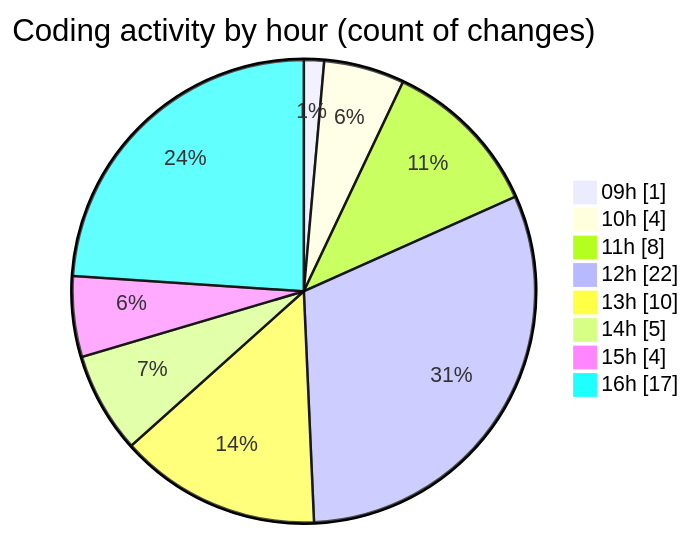
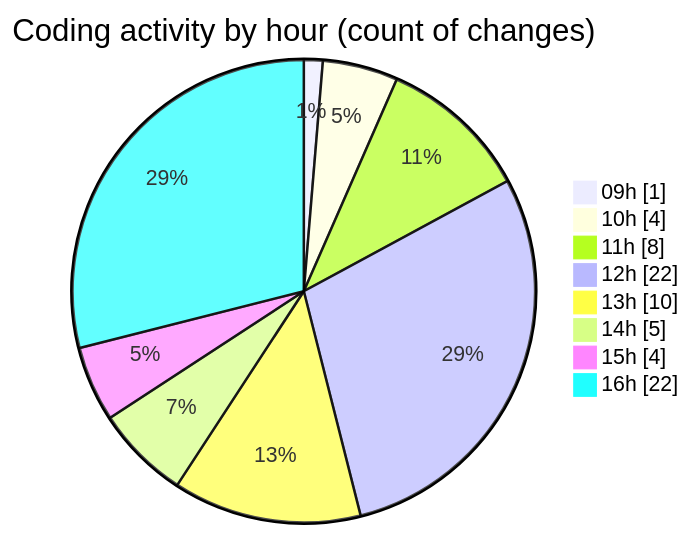
One commit to momahboobian/code-tracking changed the second of 2 diagrams in 2025-10-21/cda/README.md. Above: the diagram before and after it, drawn with Mermaid. The commit also changed other lines of this file and 1 other file, not shown here.

````diff
--- a/2025-10-21/cda/README.md
+++ b/2025-10-21/cda/README.md
@@ -44,12 +44,12 @@
 ```mermaid
 pie showData
 title Coding activity by hour (count of changes)
 "09h" : 1
 "10h" : 4
 "11h" : 8
 "12h" : 22
 "13h" : 10
 "14h" : 5
 "15h" : 4
-"16h" : 17
+"16h" : 22
 ```
````
